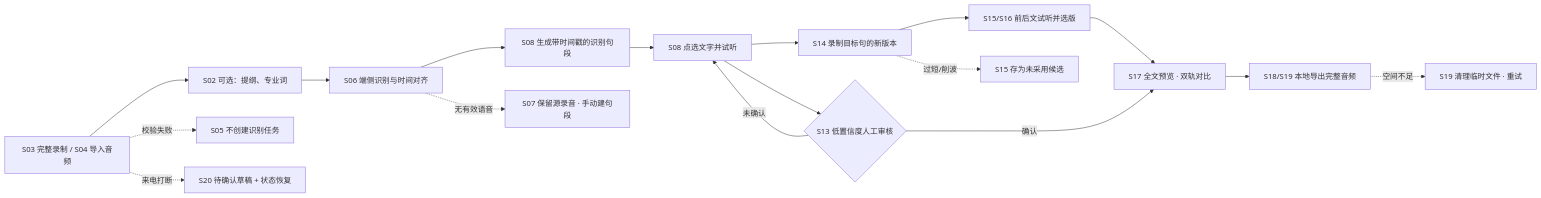
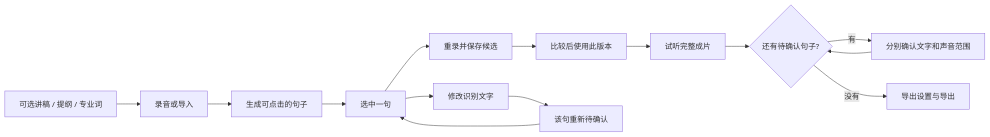
Before and after one commit to Delario17/Mobile-Internet-Software-Engineering-Course-Project: the diagram in 设计说明与需求追溯.md, drawn with Mermaid. The commit also changed other lines of this file and 5 other files, not shown here.

Commit message:
feat: simplify AudioPatch first-use flow

````diff
--- a/设计说明与需求追溯.md
+++ b/设计说明与需求追溯.md
@@ -172,21 +82,16 @@
 ```mermaid
 flowchart LR
-    A[S03 完整录制 / S04 导入音频] --> B[S02 可选：提纲、专业词]
-    B --> C[S06 端侧识别与时间对齐]
-    C --> D[S08 生成带时间戳的识别句段]
-    D --> E[S08 点选文字并试听]
-    E --> F[S14 录制目标句的新版本]
-    F --> G[S15/S16 前后文试听并选版]
-    G --> H[S17 全文预览 · 双轨对比]
-    H --> I[S18/S19 本地导出完整音频]
-
-    C -.无有效语音.-> X1[S07 保留源录音 · 手动建句段]
-    A -.校验失败.-> X2[S05 不创建识别任务]
-    A -.来电打断.-> X3[S20 待确认草稿 + 状态恢复]
-    F -.过短/削波.-> X4[S15 存为未采用候选]
-    I -.空间不足.-> X5[S19 清理临时文件 · 重试]
-
-    E --> R{S13 低置信度人工审核}
-    R -->|未确认| E
-    R -->|确认| H
+    A[可选讲稿 / 提纲 / 专业词] --> B[录音或导入]
+    B --> C[生成可点击的句子]
+    C --> D[选中一句]
+    D --> E[重录并保存候选]
+    E --> F[比较后使用此版本]
+    F --> G[试听完整成片]
+    G --> H{还有待确认句子?}
+    H -->|有| I[分别确认文字和声音范围]
+    I --> H
+    H -->|没有| J[导出设置与导出]
+    D --> K[修改识别文字]
+    K --> L[该句重新待确认]
+    L --> D
 ```
````
